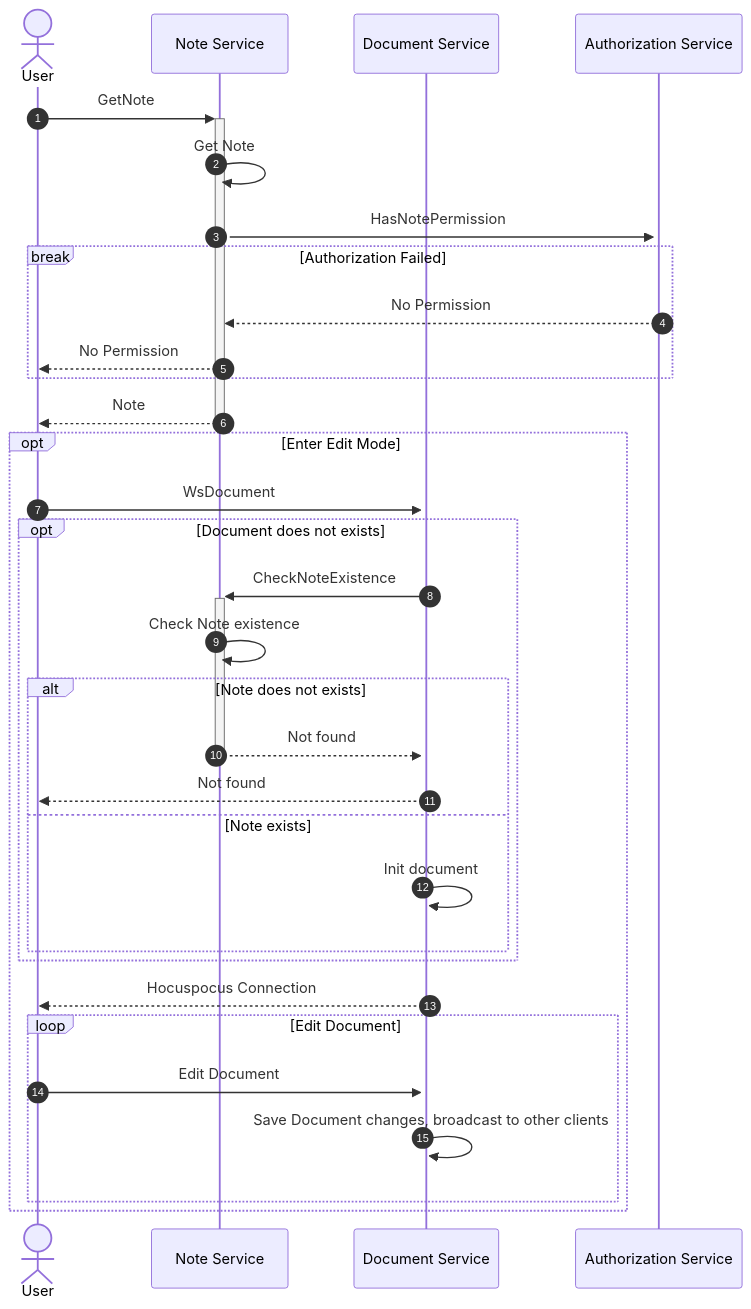
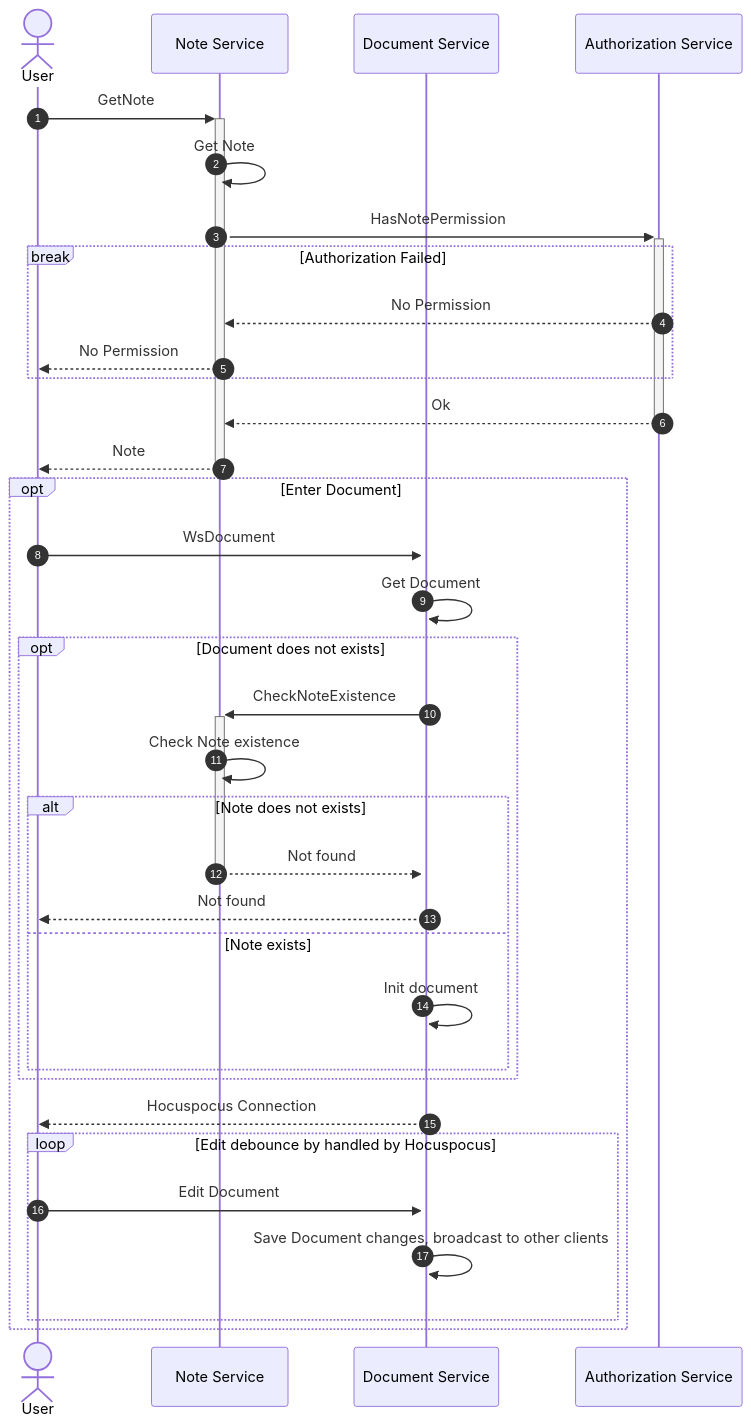
One commit to notopia-uit/notopia changed the second of 5 diagrams in docs/src/references/sequence/note.md. Above: the diagram before and after it, drawn with Mermaid. The commit also changed other lines of this file and 3 other files, not shown here.

Commit message:
feat(docs): update diagrams

````diff
--- a/docs/src/references/sequence/note.md
+++ b/docs/src/references/sequence/note.md
@@ -44,36 +63,38 @@
 ```mermaid
 sequenceDiagram
     autonumber
 
     actor U as User
     participant NS as Note Service
     participant DS as Document Service
     participant AS as Authorization Service
 
     U->>+NS: GetNote
     NS->>NS: Get Note
     NS->>+AS: HasNotePermission
     break Authorization Failed
         AS-->>NS: No Permission
         NS-->>U: No Permission
     end
+    AS-->>-NS: Ok
     NS-->>-U: Note
-    opt Enter Edit Mode
+    opt Enter Document
         U->>+DS: WsDocument
+        DS->>DS: Get Document
         opt Document does not exists
             DS->>+NS: CheckNoteExistence
             NS->>NS: Check Note existence
             alt Note does not exists
                 NS-->>-DS: Not found
                 DS-->>U: Not found
             else Note exists
                 DS->>DS: Init document
             end
         end
         DS-->>U: Hocuspocus Connection
-        loop Edit Document
+        loop Edit debounce by handled by Hocuspocus
             U->>DS: Edit Document
             DS->>DS: Save Document changes, broadcast to other clients
         end
     end
 ```
````
